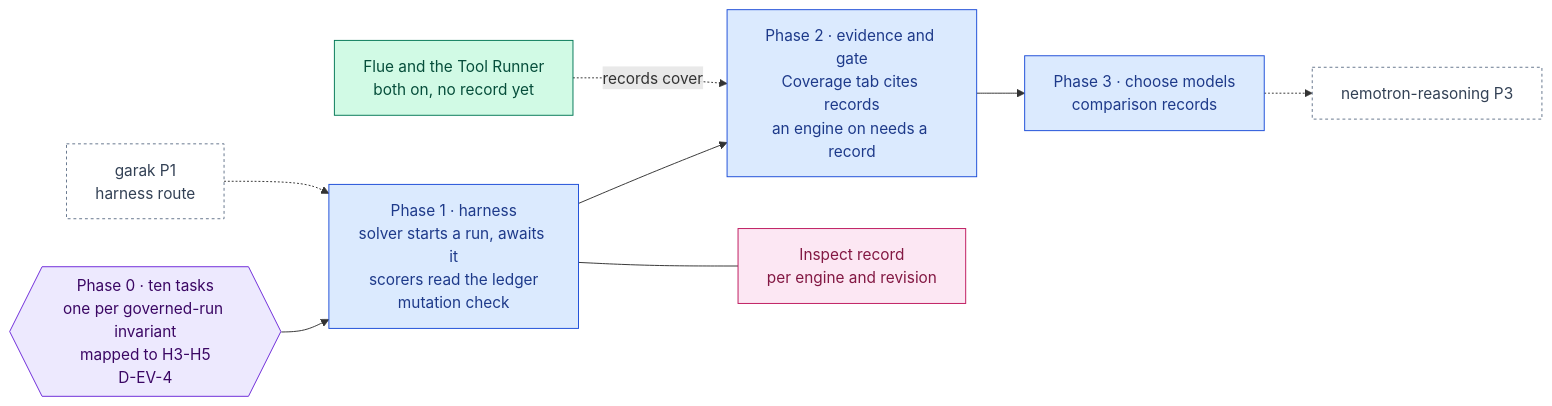
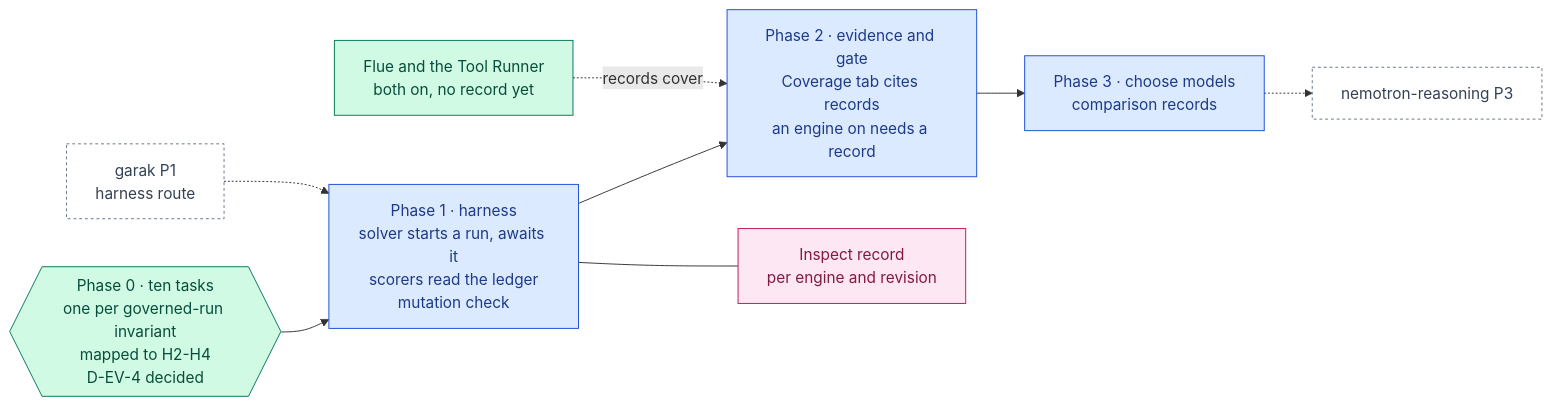
Before and after one commit to RodnaPamet/inflect-compliance: the diagram in docs/ai-architecture/inspect.md, drawn with Mermaid. The commit also changed other lines of this file and 287 other files, not shown here.

First line of the commit message:
AI roadmap waves 0–1: owner decisions, 22 phases built across 15 roadmaps (#5323)

````diff
--- a/docs/ai-architecture/inspect.md
+++ b/docs/ai-architecture/inspect.md
@@ -30,23 +30,23 @@
 ```mermaid
 flowchart LR
-  P0{{"Phase 0 · ten tasks<br/>one per governed-run invariant<br/>mapped to H3-H5<br/>D-EV-4"}}:::gate
+  P0{{"Phase 0 · ten tasks<br/>one per governed-run invariant<br/>mapped to H2-H4<br/>D-EV-4 decided"}}:::done
   P1["Phase 1 · harness<br/>solver starts a run, awaits it<br/>scorers read the ledger<br/>mutation check"]:::todo
   P2["Phase 2 · evidence and gate<br/>Coverage tab cites records<br/>an engine on needs a record"]:::todo
   P3["Phase 3 · choose models<br/>comparison records"]:::todo
   GA["garak P1<br/>harness route"]:::ext
   TR["Flue and the Tool Runner<br/>both on, no record yet"]:::done
   NR["nemotron-reasoning P3"]:::ext
   REC["Inspect record<br/>per engine and revision"]:::eval
   P0 --> P1 --> P2 --> P3
   GA -.-> P1
   TR -.->|records cover| P2
   P3 -.-> NR
   P1 --- REC
 
   classDef done fill:#d1fae5,stroke:#047857,color:#064e3b
   classDef todo fill:#dbeafe,stroke:#1d4ed8,color:#1e3a8a
   classDef gate fill:#ede9fe,stroke:#6d28d9,color:#3b0764
   classDef ext fill:#ffffff,stroke:#64748b,color:#334155,stroke-dasharray:3 3
   classDef eval fill:#fce7f3,stroke:#be185d,color:#831843
   classDef declined fill:#f3f4f6,stroke:#6b7280,color:#374151,stroke-dasharray:4 3
 ```
````
